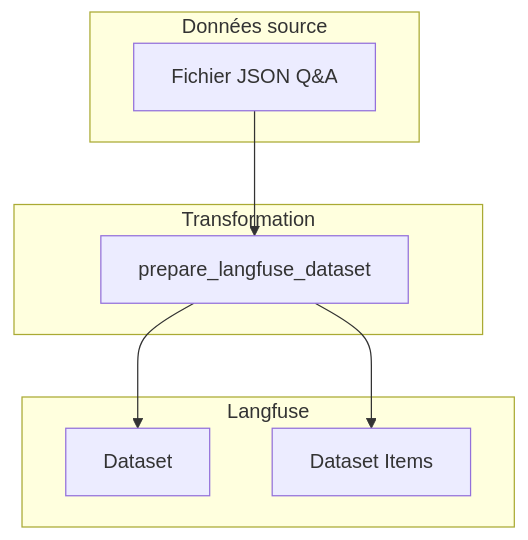
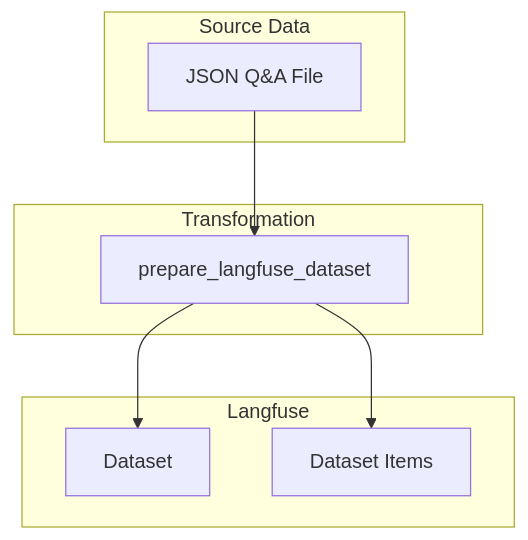
Before and after one commit to KevinDeBenedetti/dataset-generator: the first of 3 diagrams in LANGFUSE.md, drawn with Mermaid. The commit also changed other lines of this file and 13 other files, not shown here.

````diff
--- a/LANGFUSE.md
+++ b/LANGFUSE.md
@@ -16,18 +16,18 @@
 ```mermaid
 graph TB
-    subgraph "Données source"
-        JSON[Fichier JSON Q&A]
+    subgraph "Source Data"
+        JSON[JSON Q&A File]
     end
     
     subgraph "Transformation"
         PREP[prepare_langfuse_dataset]
         JSON --> PREP
     end
     
     subgraph "Langfuse"
         DATASET[Dataset]
         ITEMS[Dataset Items]
         PREP --> DATASET
         PREP --> ITEMS
     end
 ```
````
